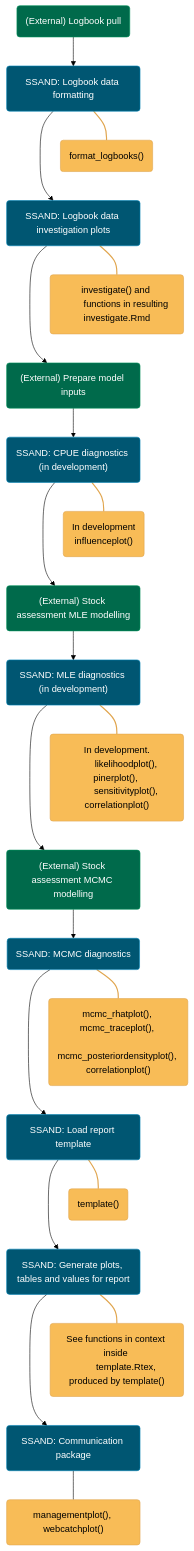
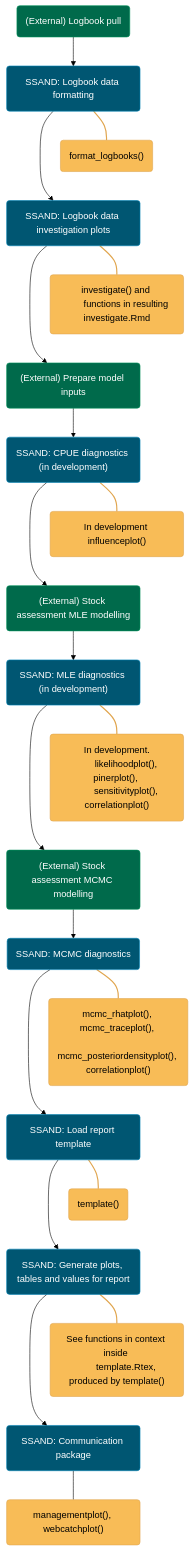
The diagram in README.md (QLD-Fisheries/SSAND), drawn with Mermaid (forest theme) before and after one commit. The commit also changed other lines of this file, not shown here.

````diff
--- a/README.md
+++ b/README.md
@@ -41,48 +41,48 @@
 ``` mermaid
 flowchart TB
 
         direction TB
 		A("(External) Logbook pull"):::External--> B("SSAND: Logbook data formatting"):::SSAND
         B--> C("SSAND: Logbook data investigation plots"):::SSAND
         C--> D("(External) Prepare model inputs"):::External
         D--> E("SSAND: CPUE diagnostics (in development)"):::SSAND
         E--> F("(External) Stock assessment MLE modelling"):::External
         F--> G("SSAND: MLE diagnostics (in development)"):::SSAND
         G--> H("(External) Stock assessment MCMC modelling"):::External
         H--> I("SSAND: MCMC diagnostics"):::SSAND
         I--> J("SSAND: Load report template"):::SSAND
         J--> K("SSAND: Generate plots, tables and values for report"):::SSAND
         K--> L("SSAND: Communication package"):::SSAND
 
 	
         B---b("format_logbooks()"):::Functions
         b---C
         C---c("investigate() and 
         functions in resulting investigate.Rmd"):::Functions
         c---D
-        E---e("In development \n influenceplot()"):::Functions
+        E---e("In development influenceplot()"):::Functions
         e---F
         G---g("In development.
         likelihoodplot(), pinerplot(), 
         sensitivityplot(), correlationplot()"):::Functions
         g---H
         I---i("mcmc_rhatplot(), mcmc_traceplot(), 
         mcmc_posteriordensityplot(), correlationplot()"):::Functions
         i---J
         J---j("template()"):::Functions
         j---K
         K---k("See functions in context inside 
         template.Rtex, produced by template()"):::Functions
         k---L
         L---l("managementplot(), webcatchplot()"):::Functions
 
 
     classDef SSAND fill:#005672,stroke:#0085b8,color:#ffffff
     classDef External fill:#006A4B,stroke:#00925B,color:#ffffff
     classDef Functions fill:#f8bc57,stroke:#e0a54e,color:#000000
 
 
 linkStyle default stroke:black
 linkStyle 11,13,15,17,19,21,23 stroke-width:2px,stroke:#e0a54e
 linkStyle 12,14,16,18,20,22,24 stroke-width:0px,stroke:white
 ```
````
